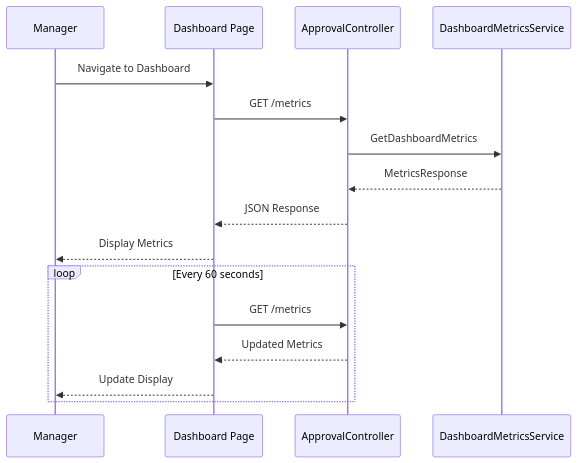
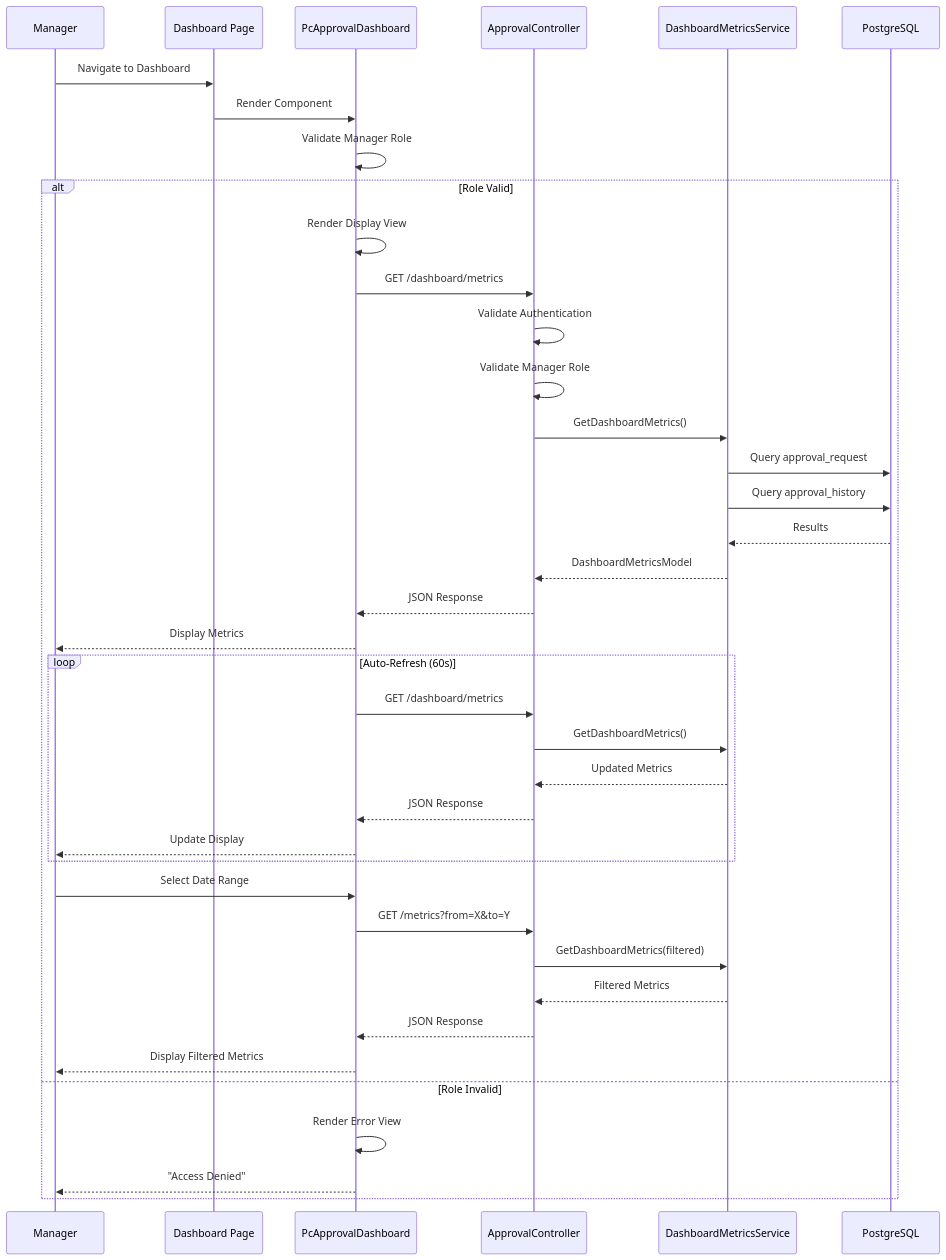
The fifth of 6 diagrams in blitzy/documentation/Technical Specifications.md (blitzy-public-samples/blitzy-WebVella-ERP), drawn with Mermaid before and after one commit. The commit also changed other lines of this file, not shown here.

````diff
--- a/blitzy/documentation/Technical Specifications.md
+++ b/blitzy/documentation/Technical Specifications.md
@@ -482,20 +782,45 @@
 ```mermaid
 sequenceDiagram
     participant M as Manager
     participant D as Dashboard Page
+    participant C as PcApprovalDashboard
     participant API as ApprovalController
     participant S as DashboardMetricsService
+    participant DB as PostgreSQL
     
     M->>D: Navigate to Dashboard
-    D->>API: GET /metrics
-    API->>S: GetDashboardMetrics
-    S-->>API: MetricsResponse
-    API-->>D: JSON Response
-    D-->>M: Display Metrics
+    D->>C: Render Component
+    C->>C: Validate Manager Role
     
-    loop Every 60 seconds
-        D->>API: GET /metrics
-        API-->>D: Updated Metrics
-        D-->>M: Update Display
+    alt Role Valid
+        C->>C: Render Display View
+        C->>API: GET /dashboard/metrics
+        API->>API: Validate Authentication
+        API->>API: Validate Manager Role
+        API->>S: GetDashboardMetrics()
+        S->>DB: Query approval_request
+        S->>DB: Query approval_history
+        DB-->>S: Results
+        S-->>API: DashboardMetricsModel
+        API-->>C: JSON Response
+        C-->>M: Display Metrics
+        
+        loop Auto-Refresh (60s)
+            C->>API: GET /dashboard/metrics
+            API->>S: GetDashboardMetrics()
+            S-->>API: Updated Metrics
+            API-->>C: JSON Response
+            C-->>M: Update Display
+        end
+        
+        M->>C: Select Date Range
+        C->>API: GET /metrics?from=X&to=Y
+        API->>S: GetDashboardMetrics(filtered)
+        S-->>API: Filtered Metrics
+        API-->>C: JSON Response
+        C-->>M: Display Filtered Metrics
+    else Role Invalid
+        C->>C: Render Error View
+        C-->>M: "Access Denied"
     end
 ```
````
